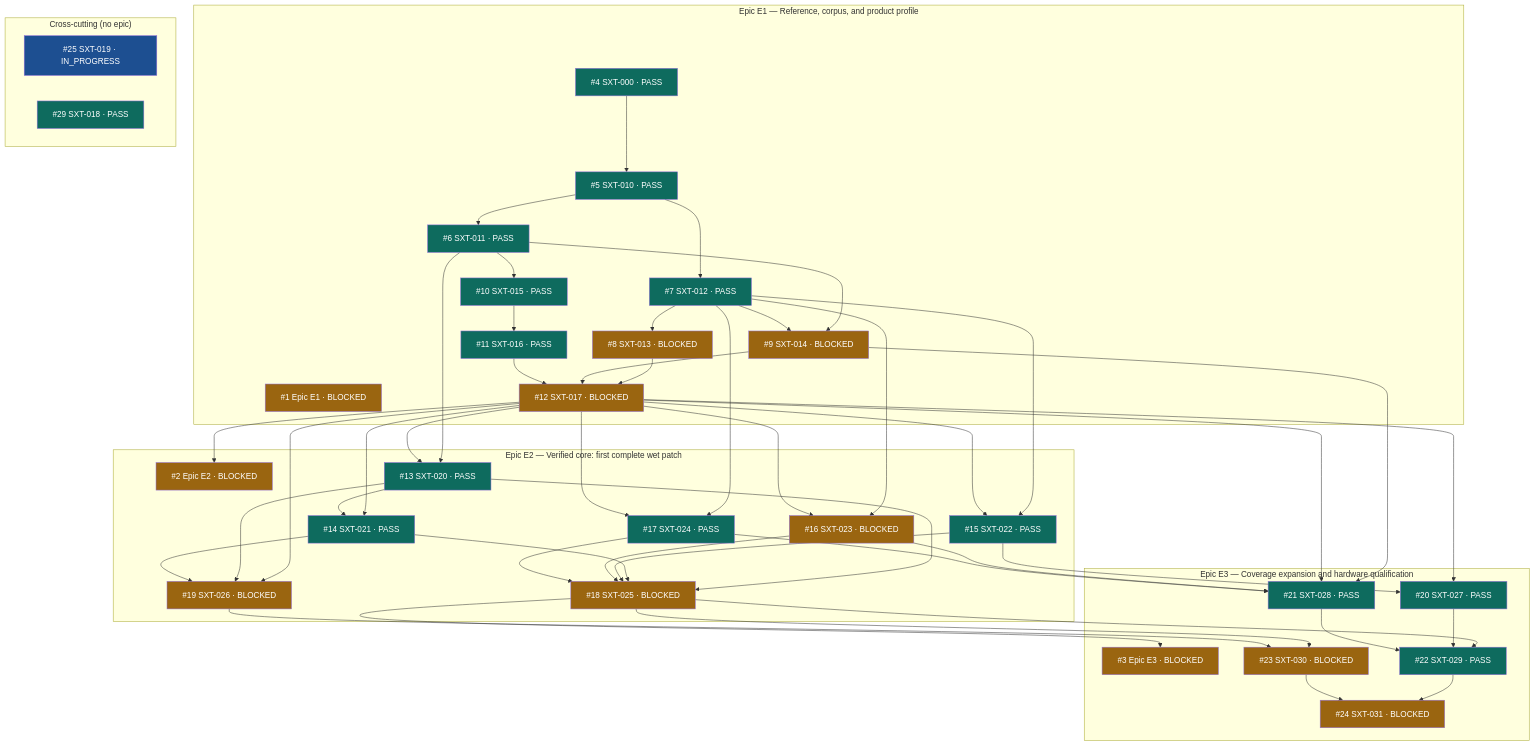
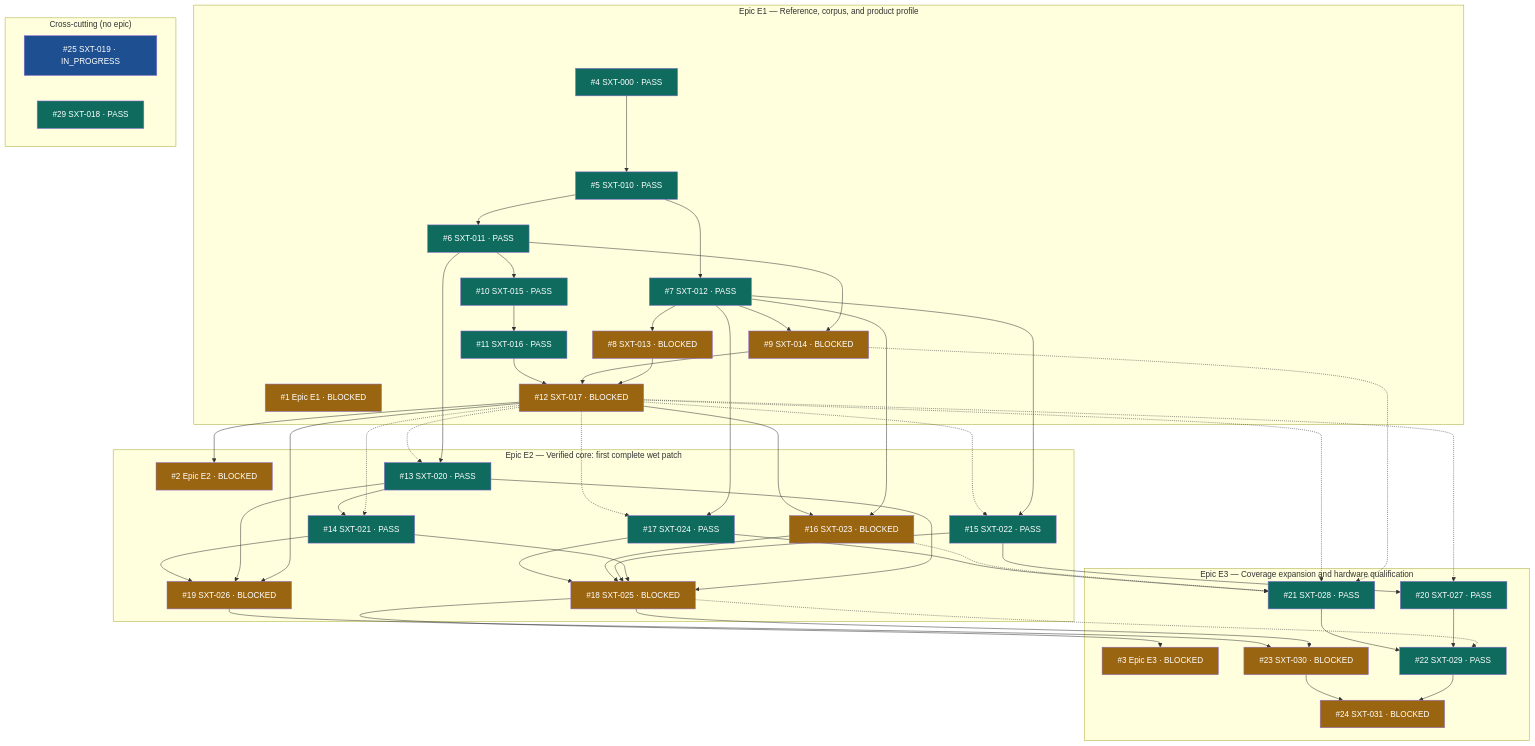
The diagram in README.md (2AMLogic/gf180-surge), drawn with Mermaid before and after one commit. The commit also changed other lines of this file and 3 other files, not shown here.

```diff
--- a/README.md
+++ b/README.md
@@ -151,18 +153,18 @@
   n7 --> n17
   n8 --> n12
   n9 --> n12
-  n9 --> n21
+  n9 -.-> n21
   n10 --> n11
   n11 --> n12
   n12 --> n2
-  n12 --> n13
-  n12 --> n14
-  n12 --> n15
+  n12 -.-> n13
+  n12 -.-> n14
+  n12 -.-> n15
   n12 --> n16
-  n12 --> n17
+  n12 -.-> n17
   n12 --> n19
-  n12 --> n20
-  n12 --> n21
+  n12 -.-> n20
+  n12 -.-> n21
   n13 --> n14
   n13 --> n18
   n13 --> n19
@@ -171,11 +173,11 @@
   n15 --> n18
   n15 --> n20
   n16 --> n18
-  n16 --> n21
+  n16 -.-> n21
   n17 --> n18
   n17 --> n21
   n18 --> n3
-  n18 --> n22
+  n18 -.-> n22
   n18 --> n23
   n19 --> n23
   n20 --> n22
```
